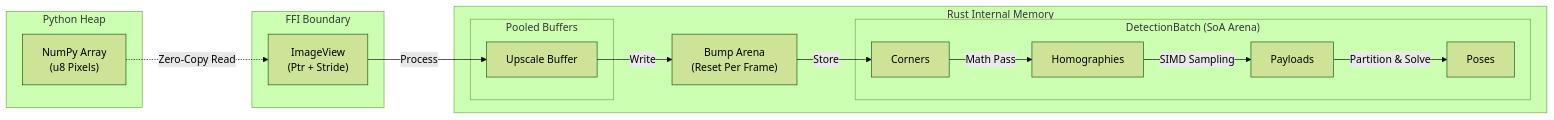
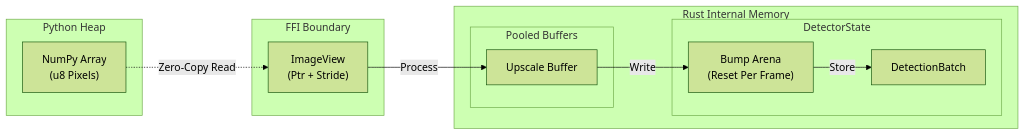
Before and after one commit to NoeFontana/locus-tag: the fourth of 6 diagrams in docs/explanation/architecture.md, drawn with Mermaid (forest theme). The commit also changed other lines of this file and 68 other files, not shown here.

````diff
--- a/docs/explanation/architecture.md
+++ b/docs/explanation/architecture.md
@@ -165,33 +167,26 @@
 ```mermaid
 flowchart LR
     subgraph Python ["Python Heap"]
         PyArr["NumPy Array<br/>(u8 Pixels)"]
     end
 
     subgraph Interface ["FFI Boundary"]
         View["ImageView<br/>(Ptr + Stride)"]
     end
 
     subgraph Rust ["Rust Internal Memory"]
-        Arena["Bump Arena<br/>(Reset Per Frame)"]
+        subgraph State ["DetectorState"]
+            Arena["Bump Arena<br/>(Reset Per Frame)"]
+            Batch["DetectionBatch"]
+        end
 
         subgraph Static ["Pooled Buffers"]
             Upscale["Upscale Buffer"]
-        end
-
-        subgraph SoA ["DetectionBatch (SoA Arena)"]
-            Corners
-            Homographies
-            Payloads
-            Poses
         end
     end
 
     PyArr -.->|Zero-Copy Read| View
     View -->|Process| Upscale
     Upscale -->|Write| Arena
-    Arena -->|Store| Corners
-    Corners -->|Math Pass| Homographies
-    Homographies -->|SIMD Sampling| Payloads
-    Payloads -->|Partition & Solve| Poses
+    Arena -->|Store| Batch
 ```
````
